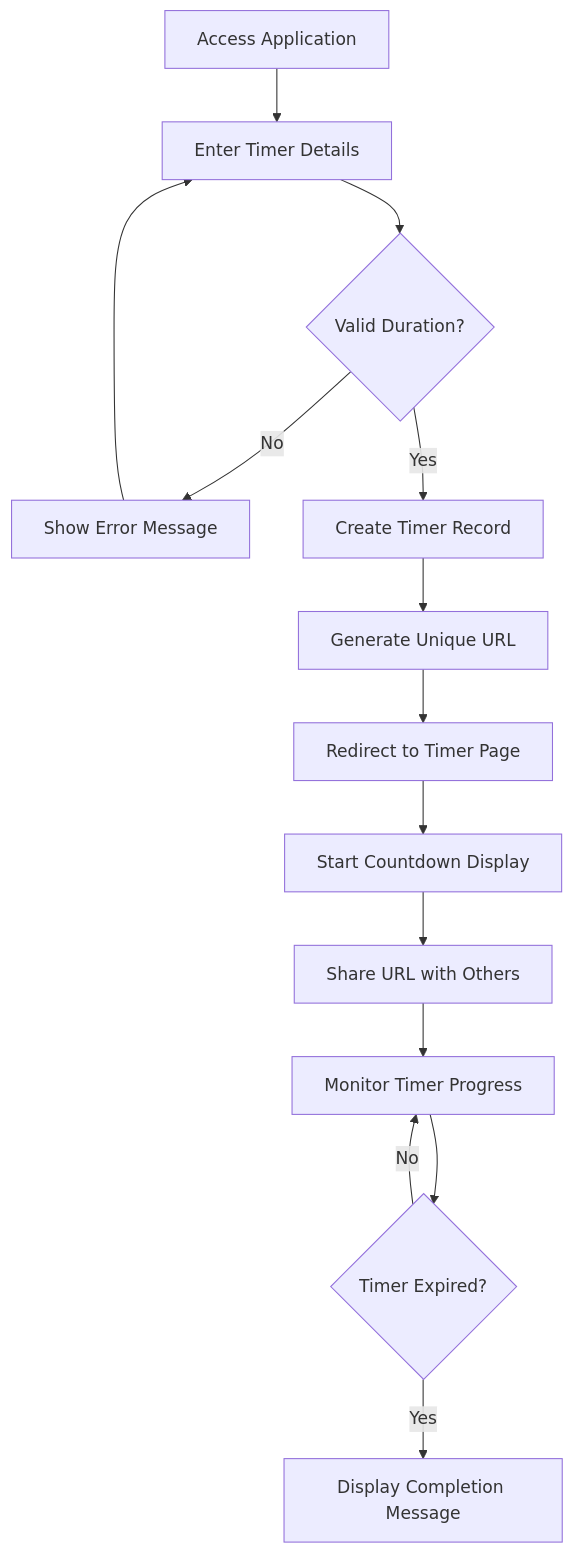
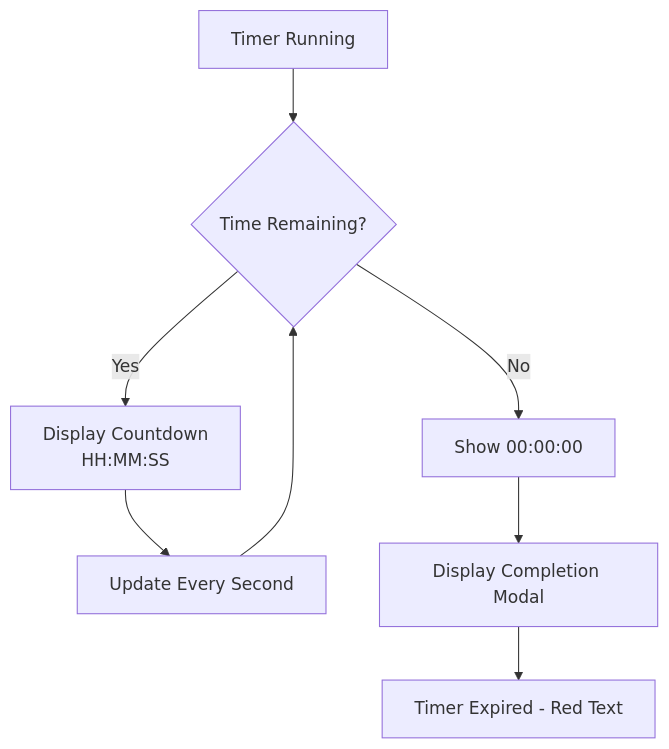
One commit to xsukax/xsukax-Shared-Timers changed the second of 3 diagrams in README.md. Above: the diagram before and after it, drawn with Mermaid. The commit also changed other lines of this file, not shown here.

````diff
--- a/README.md
+++ b/README.md
@@ -168,17 +165,10 @@
 ```mermaid
-flowchart TD
-    A[Access Application] --> B[Enter Timer Details]
-    B --> C{Valid Duration?}
-    C -->|No| D[Show Error Message]
-    C -->|Yes| E[Create Timer Record]
-    E --> F[Generate Unique URL]
-    F --> G[Redirect to Timer Page]
-    G --> H[Start Countdown Display]
-    
+graph TD
+    A[Timer Running] --> B{Time Remaining?}
+    B -->|Yes| C[Display Countdown<br/>HH:MM:SS]
+    C --> D[Update Every Second]
     D --> B
-    H --> I[Share URL with Others]
-    I --> J[Monitor Timer Progress]
-    J --> K{Timer Expired?}
-    K -->|No| J
-    K -->|Yes| L[Display Completion Message]
+    B -->|No| E[Show 00:00:00]
+    E --> F[Display Completion Modal]
+    F --> G[Timer Expired - Red Text]
 ```
````
